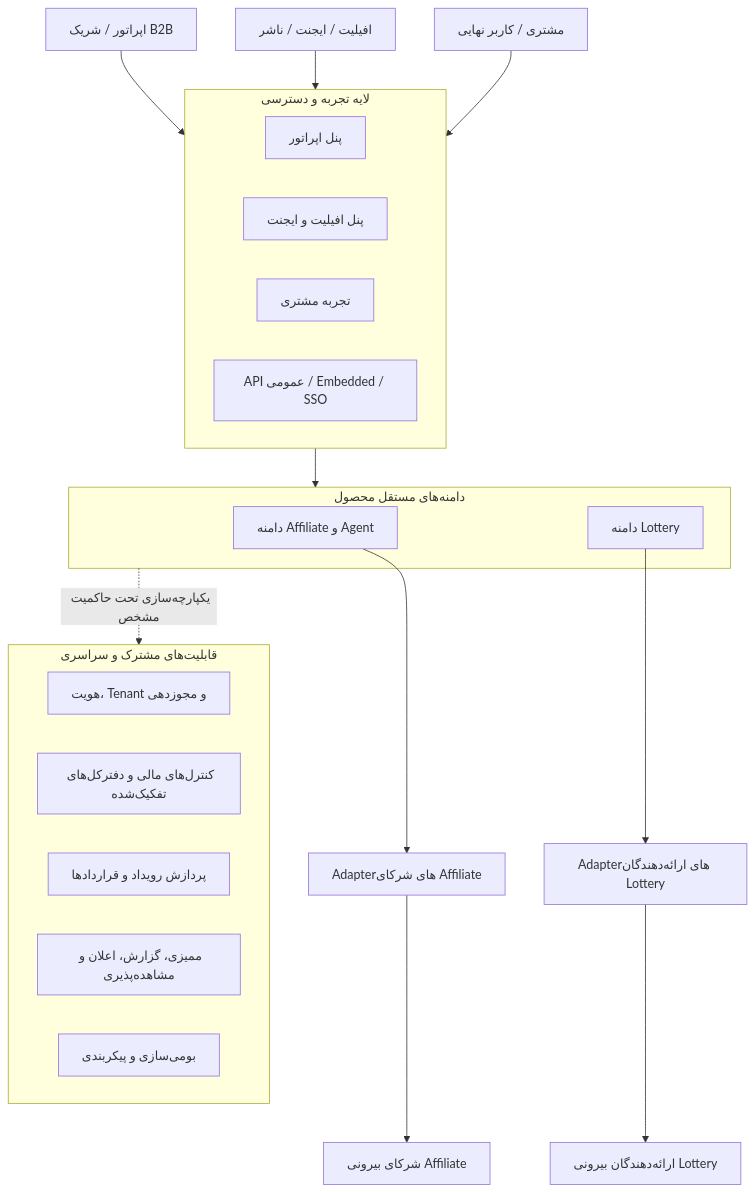
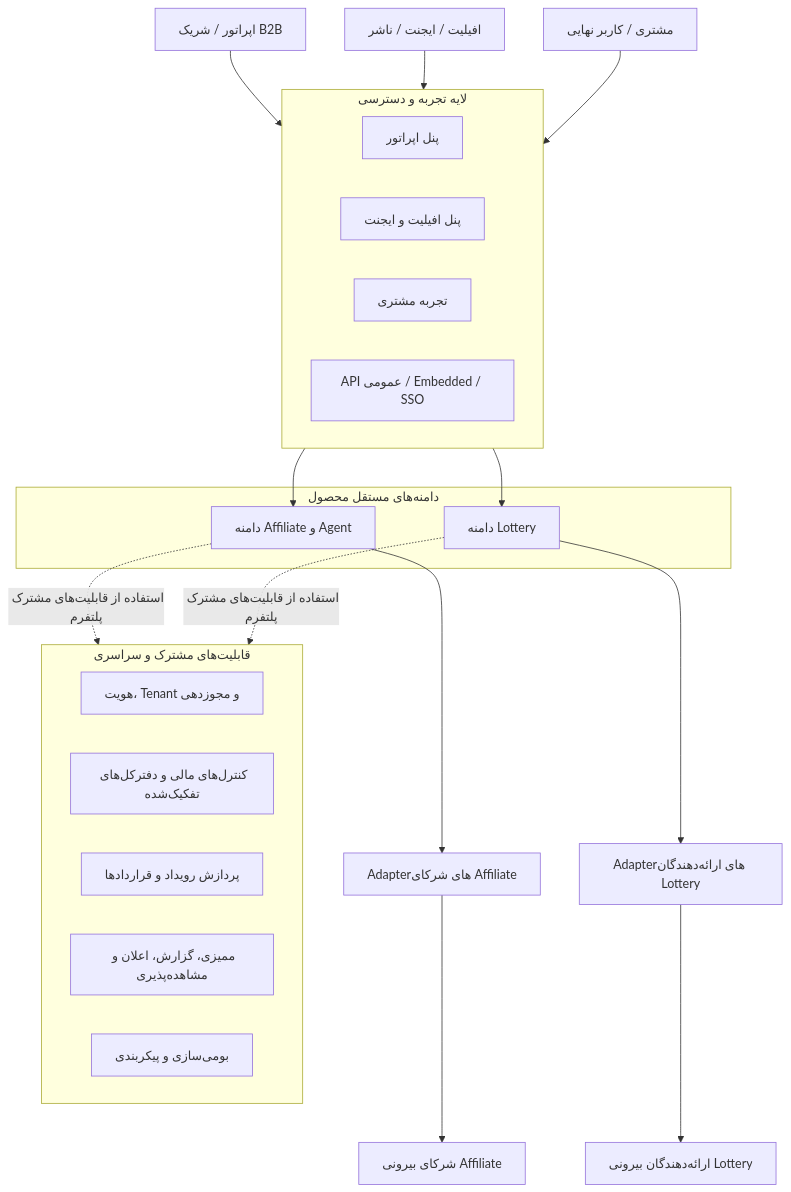
Before and after one commit to tecpey/lottorito-platform: the second of 2 diagrams in README.md, drawn with Mermaid. The commit also changed other lines of this file, not shown here.

Commit message:
docs(readme): correct cross-cutting architecture relationships

````diff
--- a/README.md
+++ b/README.md
@@ -236,36 +237,37 @@
 ```mermaid
 flowchart TB
     OP[اپراتور / شریک B2B] --> SURF
     AG[افیلیت / ایجنت / ناشر] --> SURF
     CU[مشتری / کاربر نهایی] --> SURF
 
     subgraph SURF[لایه تجربه و دسترسی]
       OUI[پنل اپراتور]
       AUI[پنل افیلیت و ایجنت]
       CUI[تجربه مشتری]
       API[API عمومی / Embedded / SSO]
     end
 
-    SURF --> CORE
-
     subgraph CORE[دامنه‌های مستقل محصول]
       AFF[دامنه Affiliate و Agent]
       LOT[دامنه Lottery]
     end
 
+    SURF --> AFF
+    SURF --> LOT
     AFF --> AAD[Adapterهای شرکای Affiliate]
     LOT --> LAD[Adapterهای ارائه‌دهندگان Lottery]
 
-    CORE -. یکپارچه‌سازی تحت حاکمیت مشخص .-> SHARED
+    AFF -. استفاده از قابلیت‌های مشترک پلتفرم .-> SHARED
+    LOT -. استفاده از قابلیت‌های مشترک پلتفرم .-> SHARED
 
     subgraph SHARED[قابلیت‌های مشترک و سراسری]
       IAM[هویت، Tenant و مجوزدهی]
       FIN[کنترل‌های مالی و دفترکل‌های تفکیک‌شده]
       EVT[پردازش رویداد و قراردادها]
       OPS[ممیزی، گزارش، اعلان و مشاهده‌پذیری]
       LOC[بومی‌سازی و پیکربندی]
     end
 
     AAD --> EXT1[شرکای بیرونی Affiliate]
     LAD --> EXT2[ارائه‌دهندگان بیرونی Lottery]
 ```
````
